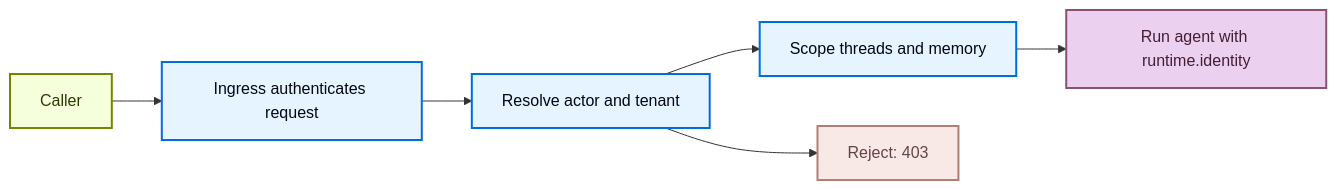
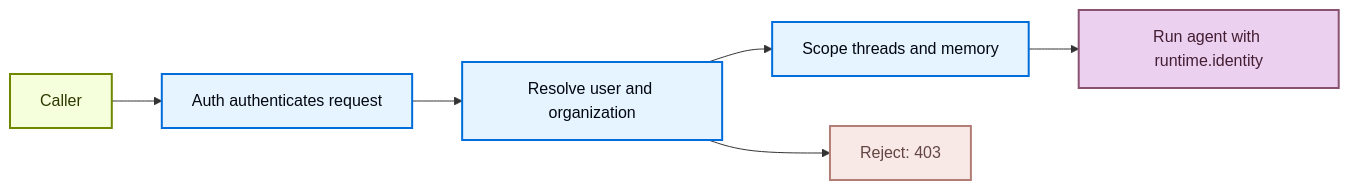
One commit to langchain-ai/docs changed the diagram in src/langsmith/managed-deep-agents-identity.mdx. Above: the diagram before and after it, drawn with Mermaid. The commit also changed other lines of this file and 16 other files, not shown here.

````diff
--- a/src/langsmith/managed-deep-agents-identity.mdx
+++ b/src/langsmith/managed-deep-agents-identity.mdx
@@ -64,17 +64,17 @@
 ```mermaid
 flowchart LR
-    Caller["Caller"] --> Ingress["Ingress authenticates request"]
-    Ingress --> Resolve["Resolve actor and tenant"]
+    Caller["Caller"] --> Ingress["Auth authenticates request"]
+    Ingress --> Resolve["Resolve user and organization"]
     Resolve --> Scope["Scope threads and memory"]
     Resolve --> Reject["Reject: 403"]
     Scope --> Run["Run agent with runtime.identity"]
 
     classDef process fill:#E5F4FF,stroke:#006DDD,stroke-width:2px,color:#030710;
     classDef trigger fill:#F6FFDB,stroke:#6E8900,stroke-width:2px,color:#2E3900;
     classDef output fill:#EBD0F0,stroke:#885270,stroke-width:2px,color:#441E33;
     classDef alert fill:#F8E8E6,stroke:#B27D75,stroke-width:2px,color:#634643;
     class Caller trigger;
     class Ingress,Resolve,Scope process;
     class Run output;
     class Reject alert;
 ```
````
